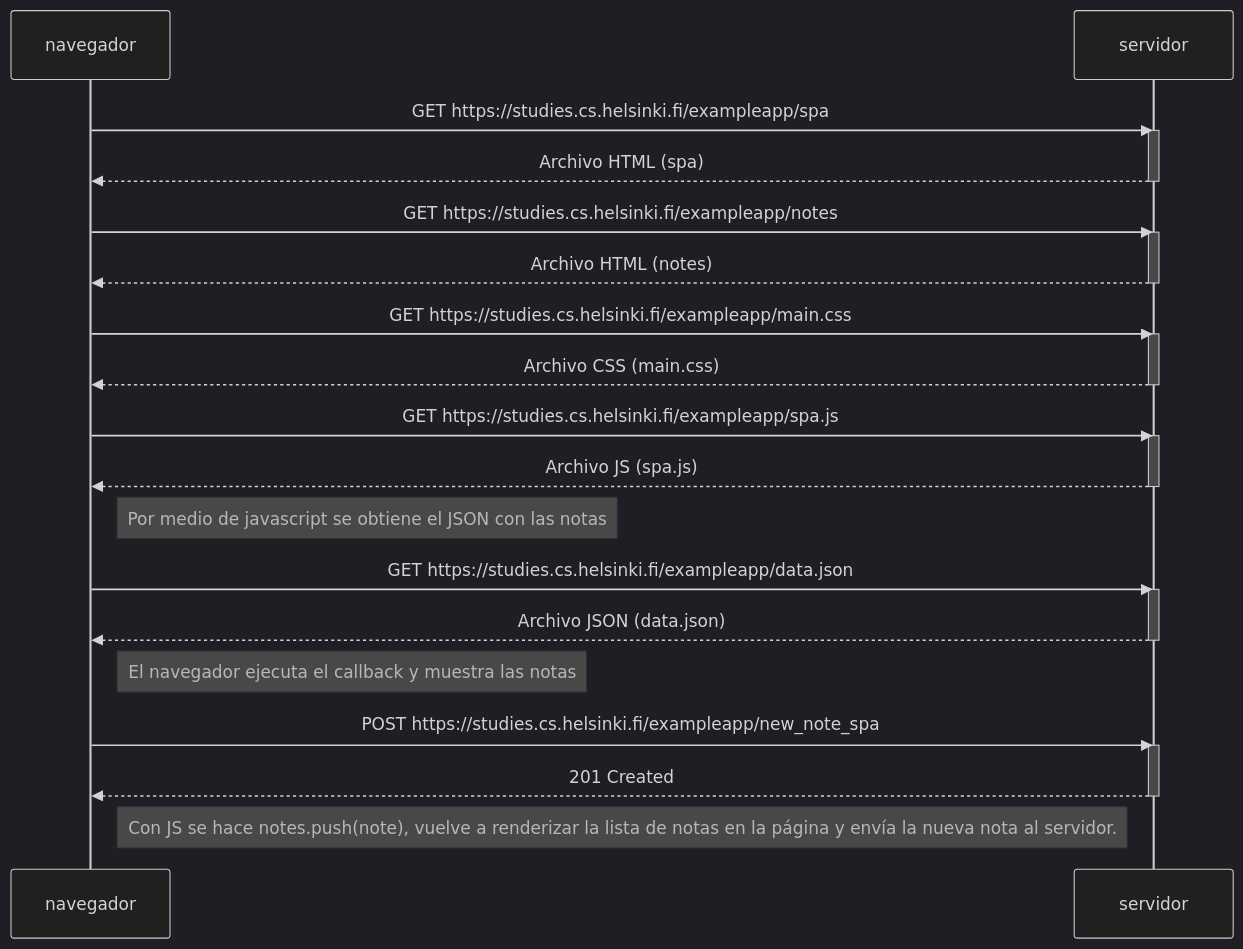
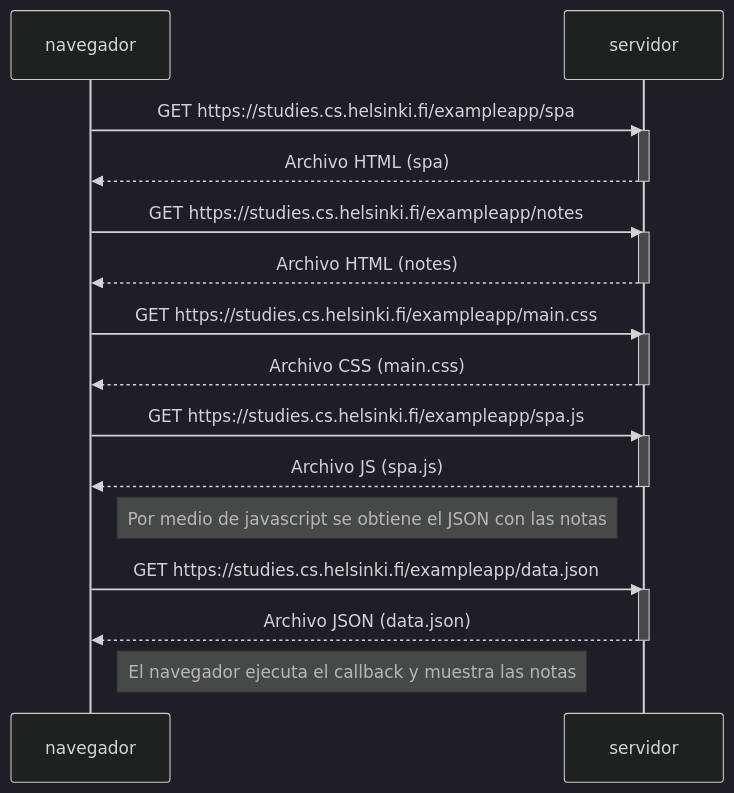
Before and after one commit to julianReyes-dev/full-stack-open: the diagram in part0/0.5 Single page app diagram.md, drawn with Mermaid (dark theme).

Commit message:
Update SPA diagram by removing POST request details
Removed unnecessary POST request and related notes from the diagram.

````diff
--- a/part0/0.5 Single page app diagram.md
+++ b/part0/0.5 Single page app diagram.md
@@ -1,41 +1,34 @@
 ```mermaid
 sequenceDiagram
 participant navegador
 participant servidor
 
 navegador->>servidor: GET https://studies.cs.helsinki.fi/exampleapp/spa
 activate servidor
 servidor-->>navegador: Archivo HTML (spa)
 deactivate servidor
 
 navegador->>servidor: GET https://studies.cs.helsinki.fi/exampleapp/notes
 activate servidor
 servidor-->>navegador: Archivo HTML (notes)
 deactivate servidor
 
 navegador->>servidor: GET https://studies.cs.helsinki.fi/exampleapp/main.css
 activate servidor
 servidor-->>navegador: Archivo CSS (main.css)
 deactivate servidor
 
 navegador->>servidor: GET https://studies.cs.helsinki.fi/exampleapp/spa.js
 activate servidor
 servidor-->>navegador: Archivo JS (spa.js)
 deactivate servidor
 
 Note right of navegador:  Por medio de javascript se obtiene el JSON con las notas
 
 navegador->>servidor: GET https://studies.cs.helsinki.fi/exampleapp/data.json
 activate servidor
 servidor-->>navegador: Archivo JSON (data.json)
 deactivate servidor
 
 Note right of navegador: El navegador ejecuta el callback y muestra las notas
-
-navegador->>servidor: POST https://studies.cs.helsinki.fi/exampleapp/new_note_spa
-activate servidor
-servidor-->>navegador: 201 Created
-deactivate servidor
-
-Note right of navegador: Con JS se hace notes.push(note), vuelve a renderizar la lista de notas en la página y envía la nueva nota al servidor.
 ```
````
